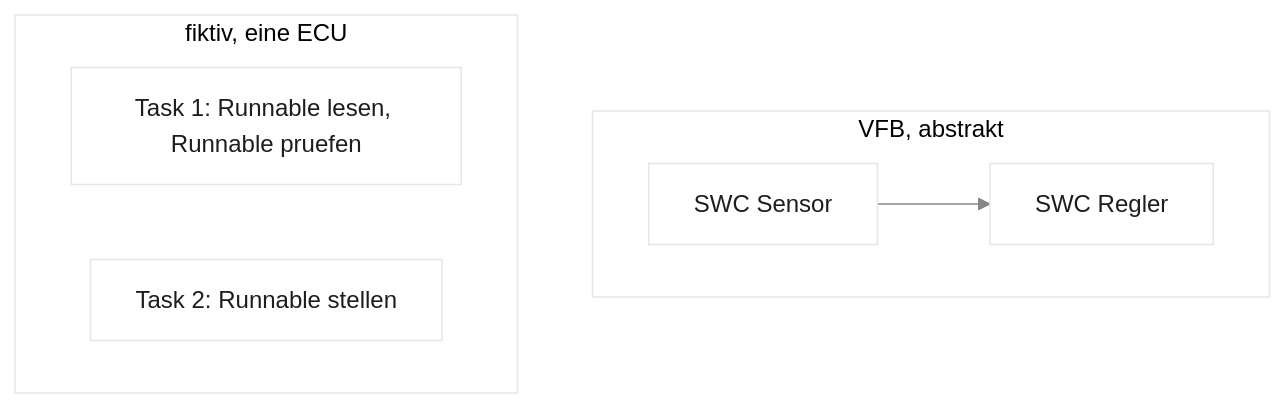
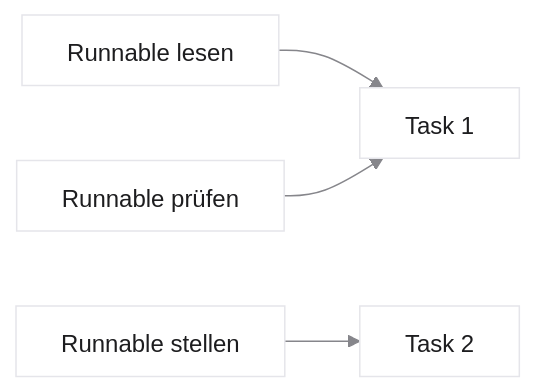
Before and after one commit to dantschi/echtzeitsysteme: the sixth of 8 diagrams in vorlesungen/09_capstone-architekturmuster.qmd, drawn with Mermaid. The commit also changed other lines of this file and 12 other files, not shown here.

````diff
--- a/vorlesungen/09_capstone-architekturmuster.qmd
+++ b/vorlesungen/09_capstone-architekturmuster.qmd
@@ -430,12 +397,9 @@
 ```{mermaid}
-%%| fig-width: 8.4
-%%{init: {'theme': 'base', 'themeVariables': {'background': '#FFFFFF', 'primaryColor': '#FFFFFF', 'primaryBorderColor': '#E5E5EA', 'primaryTextColor': '#1D1D1F', 'lineColor': '#86868B'}}}%%
-flowchart TB
-  subgraph VFB["VFB, abstrakt"]
-    A["SWC Sensor"] --> B["SWC Regler"]
-  end
-  subgraph MAP["fiktiv, eine ECU"]
-    T1["Task 1: Runnable lesen, Runnable pruefen"]
-    T2["Task 2: Runnable stellen"]
-  end
+%%| fig-width: 5.4
+%%{init: {'theme':'base','htmlLabels':false,'flowchart':{'htmlLabels':false},'themeVariables':{'background':'#FFFFFF','primaryColor':'#FFFFFF','primaryBorderColor':'#E5E5EA','primaryTextColor':'#1D1D1F','lineColor':'#86868B'}}}%%
+flowchart LR
+ A["Runnable lesen"] --> T1["Task 1"]
+ B["Runnable prüfen"] --> T1
+ C["Runnable stellen"] --> T2["Task 2"]
+
 ```
````
